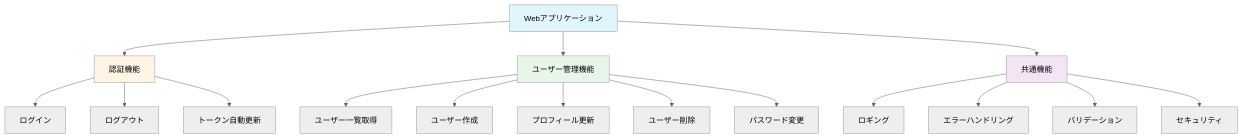
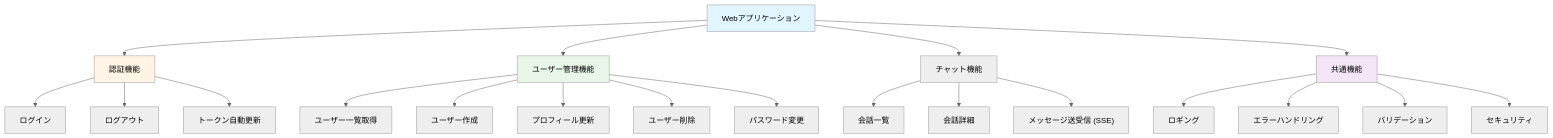
Before and after one commit to TomokiIshimine/fullstack-agent-app-with-claude: the first of 2 diagrams in docs/03_feature-list.md, drawn with Mermaid (neutral theme). The commit also changed other lines of this file and 3 other files, not shown here.

````diff
--- a/docs/03_feature-list.md
+++ b/docs/03_feature-list.md
@@ -22,28 +22,33 @@
 ```mermaid
 graph TB
     System["Webアプリケーション"]
 
     System --> Auth["認証機能"]
     System --> UserMgmt["ユーザー管理機能"]
+    System --> Chat["チャット機能"]
     System --> Common["共通機能"]
 
     Auth --> Login["ログイン"]
     Auth --> Logout["ログアウト"]
     Auth --> TokenRefresh["トークン自動更新"]
 
     UserMgmt --> UserList["ユーザー一覧取得"]
     UserMgmt --> UserCreate["ユーザー作成"]
     UserMgmt --> ProfileUpdate["プロフィール更新"]
     UserMgmt --> UserDelete["ユーザー削除"]
     UserMgmt --> PasswordChange["パスワード変更"]
 
+    Chat --> ConversationList["会話一覧"]
+    Chat --> ConversationDetail["会話詳細"]
+    Chat --> ChatSend["メッセージ送受信 (SSE)"]
+
     Common --> Logging["ロギング"]
     Common --> ErrorHandle["エラーハンドリング"]
     Common --> Validation["バリデーション"]
     Common --> Security["セキュリティ"]
 
     style System fill:#e1f5ff
     style Auth fill:#fff4e6
     style UserMgmt fill:#e8f5e9
     style Common fill:#f3e5f5
 ```
````
